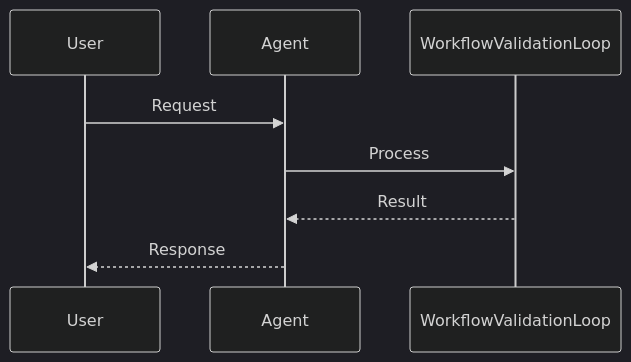
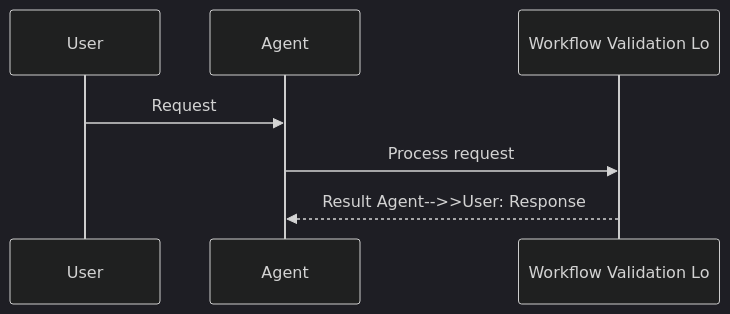
The second of 2 diagrams in docs/features/workflow-validation.mdx (MervinPraison/PraisonAIDocs), drawn with Mermaid (dark theme) before and after one commit. The commit also changed 204 other files, not shown here.

First line of the commit message:
docs: align feature/tool pages with AGENTS.md hero + sequence + import standards (fixes #1775)

````diff
--- a/docs/features/workflow-validation.mdx
+++ b/docs/features/workflow-validation.mdx
@@ -38,11 +38,10 @@
 ```mermaid
 sequenceDiagram
     participant User
     participant Agent
-    participant WorkflowValidationLoop
+    participant Feature as Workflow Validation Lo
 
     User->>Agent: Request
-    Agent->>WorkflowValidationLoop: Process
-    WorkflowValidationLoop-->>Agent: Result
-    Agent-->>User: Response
+    Agent->>Feature: Process request
+    Feature-->>Agent: Result    Agent-->>User: Response
 ```
````
